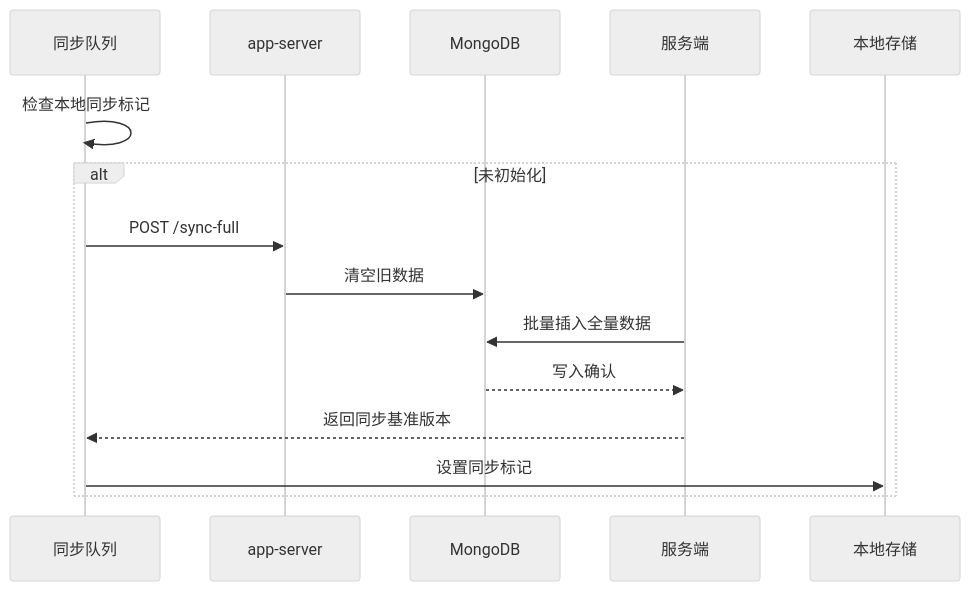
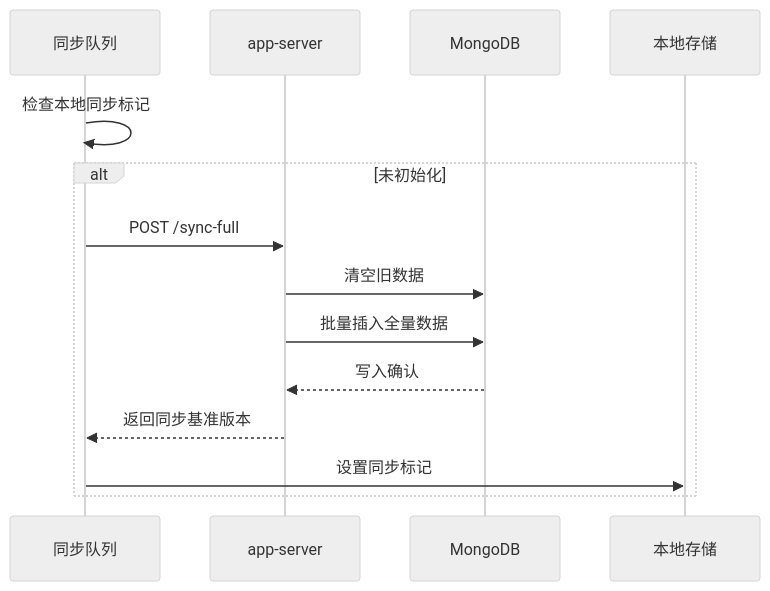
Before and after one commit to yingjianzh/iodraw-files: the diagram in all/未命名-24.md, drawn with Mermaid (neutral theme).

Commit message:
2025-02-21 18:25:19 update

````diff
--- a/all/未命名-24.md
+++ b/all/未命名-24.md
@@ -1,16 +1,17 @@
 ```mermaid
 sequenceDiagram
     participant 同步队列
     participant app-server
     participant MongoDB
 
     同步队列->>同步队列: 检查本地同步标记
     alt 未初始化
+        
         同步队列->>app-server: POST /sync-full
         app-server->>MongoDB: 清空旧数据
-        服务端->>MongoDB: 批量插入全量数据
-        MongoDB-->>服务端: 写入确认
-        服务端-->>同步队列: 返回同步基准版本
+        app-server->>MongoDB: 批量插入全量数据
+        MongoDB-->>app-server: 写入确认
+        app-server-->>同步队列: 返回同步基准版本
         同步队列->>本地存储: 设置同步标记
     end
 ```
````
